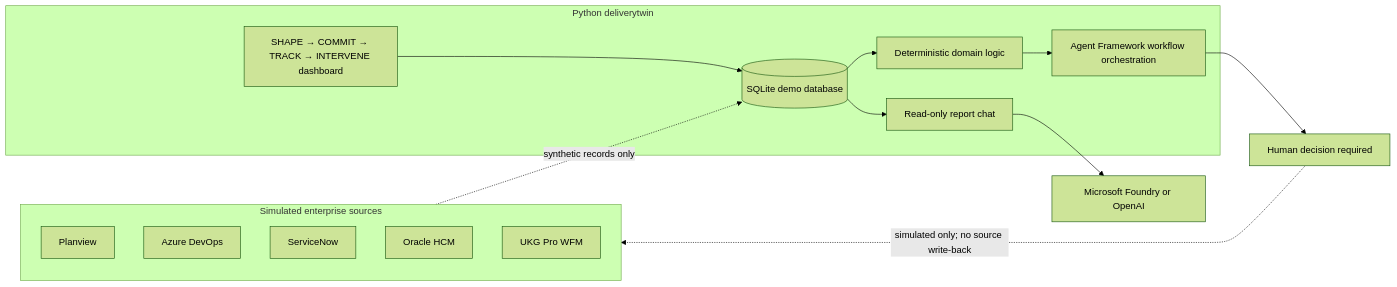
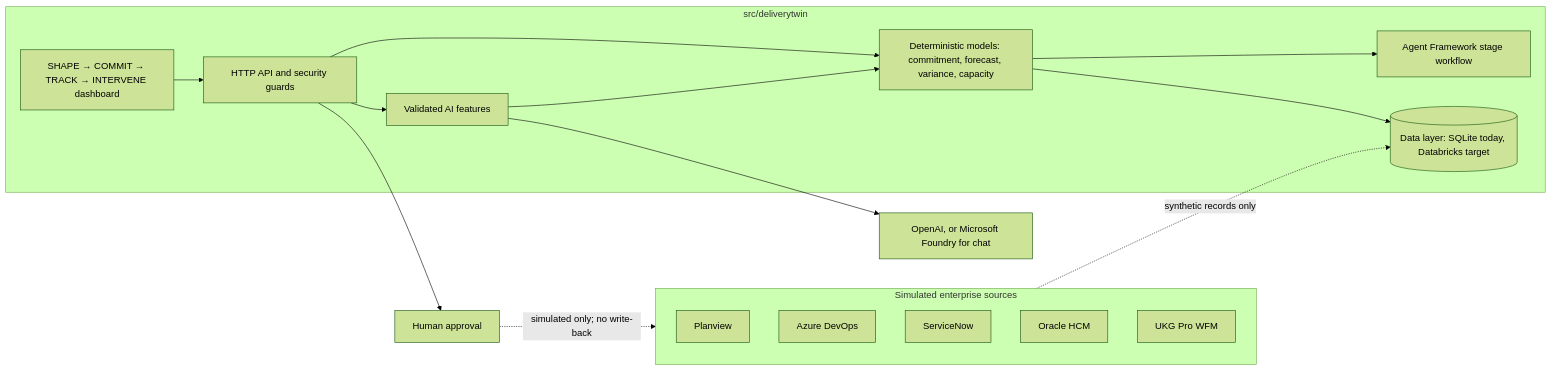
One commit to mskpairprogrammer/deliverytwin changed the diagram in README.md. Above: the diagram before and after it, drawn with Mermaid (forest theme). The commit also changed other lines of this file and 100 other files, not shown here.

First line of the commit message:
Move the app into src/, refresh docs and screenshots, and harden INTERVENE

````diff
--- a/README.md
+++ b/README.md
@@ -133,24 +134,27 @@
 ```mermaid
 flowchart LR
     subgraph Sources["Simulated enterprise sources"]
         PV[Planview]
         ADO[Azure DevOps]
         SN[ServiceNow]
         HCM[Oracle HCM]
         UKG[UKG Pro WFM]
     end
-    subgraph App["Python deliverytwin"]
+    subgraph App["src/deliverytwin"]
         UI[SHAPE → COMMIT → TRACK → INTERVENE dashboard]
-        DB[(SQLite demo database)]
-        WF[Agent Framework workflow orchestration]
-        RULES[Deterministic domain logic]
-        CHAT[Read-only report chat]
-        UI --> DB
-        DB --> RULES --> WF
-        DB --> CHAT
+        API[HTTP API and security guards]
+        RULES[Deterministic models: commitment, forecast, variance, capacity]
+        AI[Validated AI features]
+        WF[Agent Framework stage workflow]
+        DATA[(Data layer: SQLite today, Databricks target)]
+        UI --> API --> RULES
+        API --> AI
+        RULES --> WF
+        RULES --> DATA
+        AI --> RULES
     end
-    Sources -. synthetic records only .-> DB
-    CHAT --> MODEL[Microsoft Foundry or OpenAI]
-    WF --> HUMAN[Human decision required]
-    HUMAN -. simulated only; no source write-back .-> Sources
+    Sources -. synthetic records only .-> DATA
+    AI --> MODEL[OpenAI, or Microsoft Foundry for chat]
+    API --> HUMAN[Human approval]
+    HUMAN -. simulated only; no write-back .-> Sources
 ```
````
